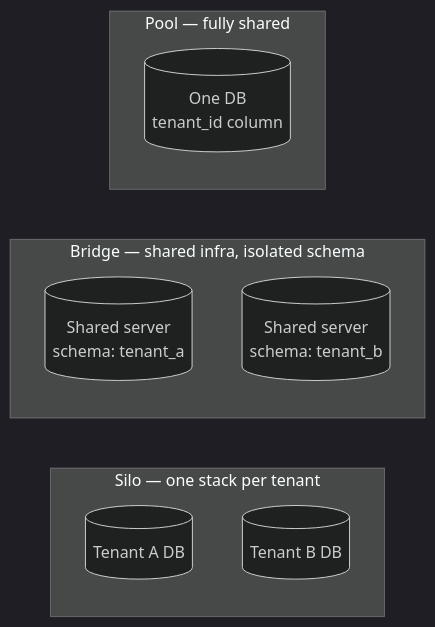
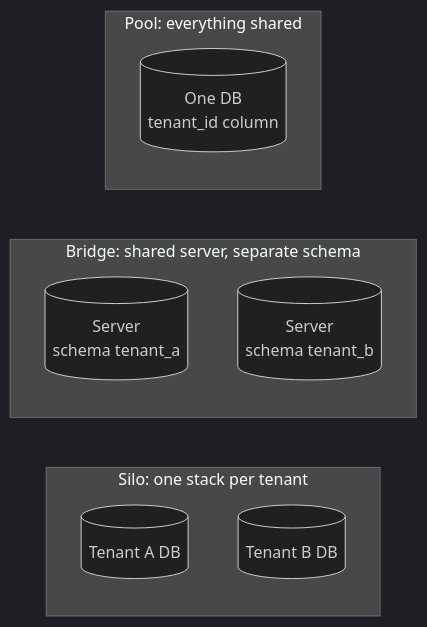
One commit to francoandreDev/knowledge changed the diagram in src/content/architecture/multi-tenant-architecture/L1-summary.mdx. Above: the diagram before and after it, drawn with Mermaid (dark theme). The commit also changed other lines of this file and 18 other files, not shown here.

Commit message:
Migrate architecture batch 3 (tech-radar, platform-engineering, multi-tenant-architecture, reference-architectures) to the three-tier exercise model

````diff
--- a/src/content/architecture/multi-tenant-architecture/L1-summary.mdx
+++ b/src/content/architecture/multi-tenant-architecture/L1-summary.mdx
@@ -76,14 +93,14 @@
 ```mermaid
 flowchart LR
-    subgraph Silo["Silo — one stack per tenant"]
+    subgraph Silo["Silo: one stack per tenant"]
         S1[(Tenant A DB)]
         S2[(Tenant B DB)]
     end
-    subgraph Bridge["Bridge — shared infra, isolated schema"]
-        B1[(Shared server\nschema: tenant_a)]
-        B2[(Shared server\nschema: tenant_b)]
+    subgraph Bridge["Bridge: shared server, separate schema"]
+        B1[(Server\nschema tenant_a)]
+        B2[(Server\nschema tenant_b)]
     end
-    subgraph Pool["Pool — fully shared"]
+    subgraph Pool["Pool: everything shared"]
         P1[(One DB\ntenant_id column)]
     end
 ```
````
